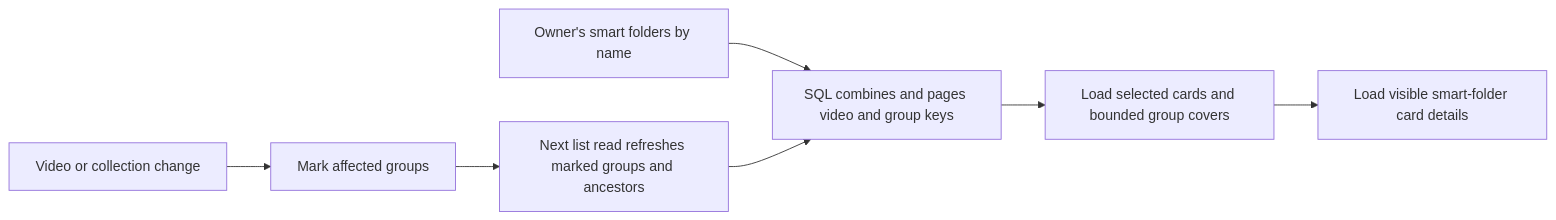
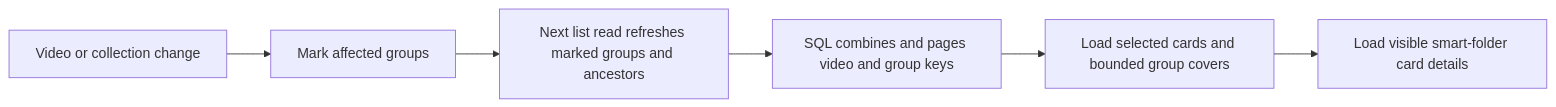
Before and after one commit to syudead/vv: the diagram in docs/design-docs/home.md, drawn with Mermaid. The commit also changed other lines of this file and 15 other files, not shown here.

First line of the commit message:
Stop leading the library's first page with smart folders

````diff
--- a/docs/design-docs/home.md
+++ b/docs/design-docs/home.md
@@ -64,9 +61,8 @@
 ```mermaid
 flowchart LR
   write[Video or collection change] --> marked[Mark affected groups]
   marked --> saved[Next list read refreshes marked groups and ancestors]
-  folders[Owner's smart folders by name] --> keys
   saved --> keys[SQL combines and pages video and group keys]
   keys --> page[Load selected cards and bounded group covers]
   page --> lazy[Load visible smart-folder card details]
 ```
````
